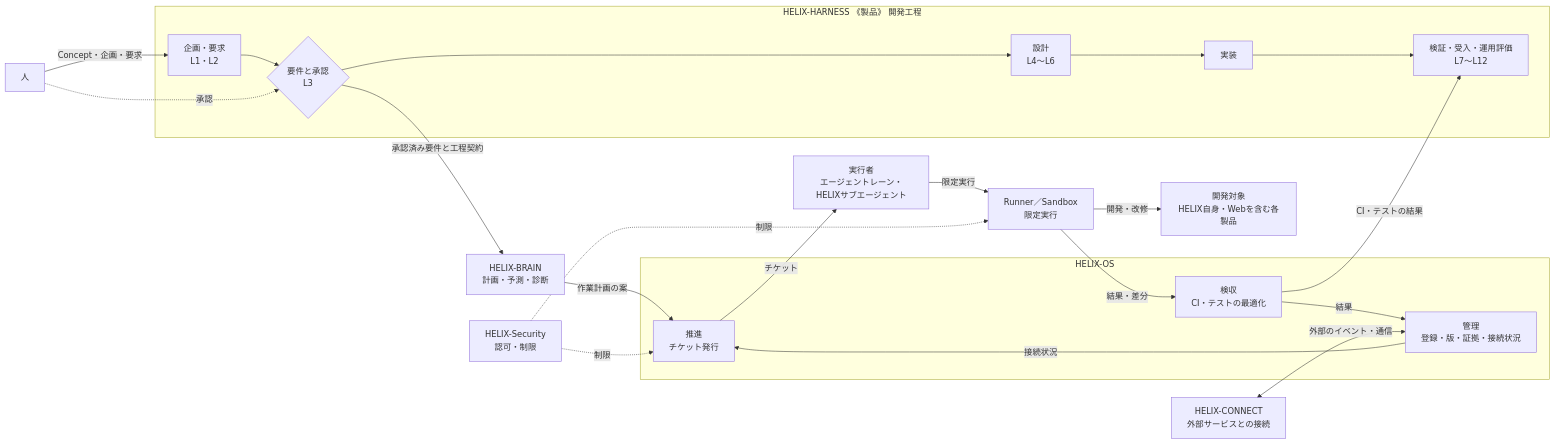
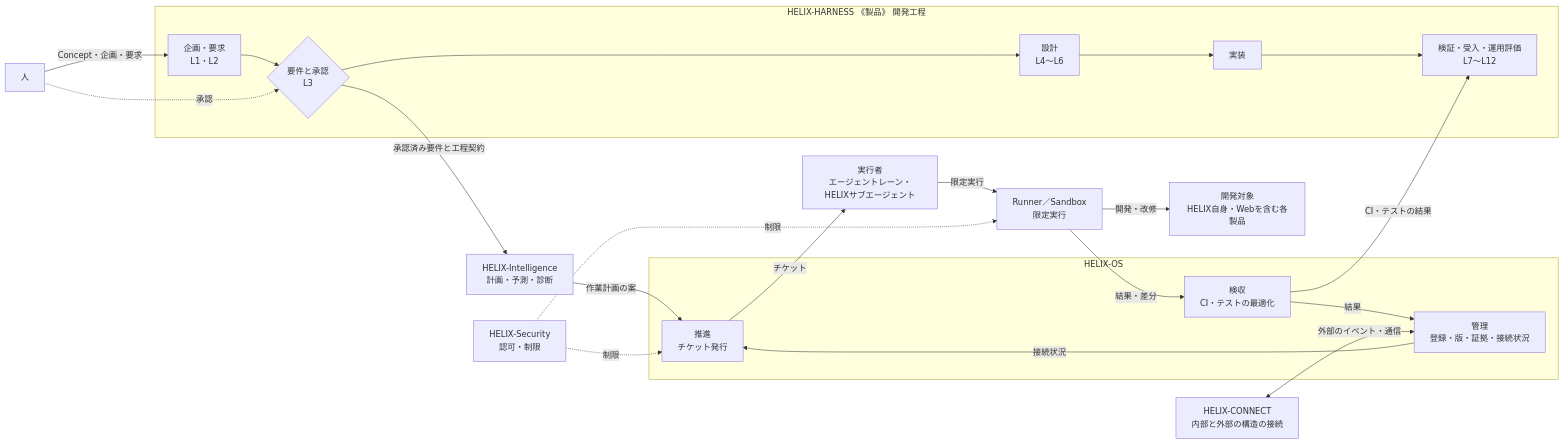
One commit to RetryYN/HELIX-HARNESS changed the second of 3 diagrams in docs/concept/helix-concept.md. Above: the diagram before and after it, drawn with Mermaid. The commit also changed other lines of this file and 150 other files, not shown here.

First line of the commit message:
docs: revise Concept for Intelligence from 1.0, CONNECT and methods

````diff
--- a/docs/concept/helix-concept.md
+++ b/docs/concept/helix-concept.md
@@ -115,40 +120,40 @@
 ```mermaid
 flowchart LR
     Human["人"]
 
     subgraph PROC["HELIX-HARNESS 《製品》 開発工程"]
         REQ["企画・要求<br/>L1・L2"]
         APP{"要件と承認<br/>L3"}
         DES["設計<br/>L4〜L6"]
         IMP["実装"]
         VER["検証・受入・運用評価<br/>L7〜L12"]
         REQ --> APP --> DES --> IMP --> VER
     end
 
-    BRAIN["HELIX-BRAIN<br/>計画・予測・診断"]
+    INTF["HELIX-Intelligence<br/>計画・予測・診断"]
     subgraph OSG["HELIX-OS"]
         MGMT["管理<br/>登録・版・証拠・接続状況"]
         PROM["推進<br/>チケット発行"]
         ACC["検収<br/>CI・テストの最適化"]
     end
     LANES["実行者<br/>エージェントレーン・HELIXサブエージェント"]
     SEC["HELIX-Security<br/>認可・制限"]
     RUNNER["Runner／Sandbox<br/>限定実行"]
-    CONNECT["HELIX-CONNECT<br/>外部サービスとの接続"]
+    CONNECT["HELIX-CONNECT<br/>内部と外部の構造の接続"]
     Targets["開発対象<br/>HELIX自身・Webを含む各製品"]
 
     Human -->|Concept・企画・要求| REQ
     Human -.->|承認| APP
-    APP -->|承認済み要件と工程契約| BRAIN
-    BRAIN -->|作業計画の案| PROM
+    APP -->|承認済み要件と工程契約| INTF
+    INTF -->|作業計画の案| PROM
     MGMT -->|接続状況| PROM
     PROM -->|チケット| LANES
     LANES -->|限定実行| RUNNER
     RUNNER -->|開発・改修| Targets
     RUNNER -->|結果・差分| ACC
     ACC -->|CI・テストの結果| VER
     ACC -->|結果| MGMT
     SEC -.->|制限| PROM
     SEC -.->|制限| RUNNER
     CONNECT <-->|外部のイベント・通信| MGMT
 ```
````
